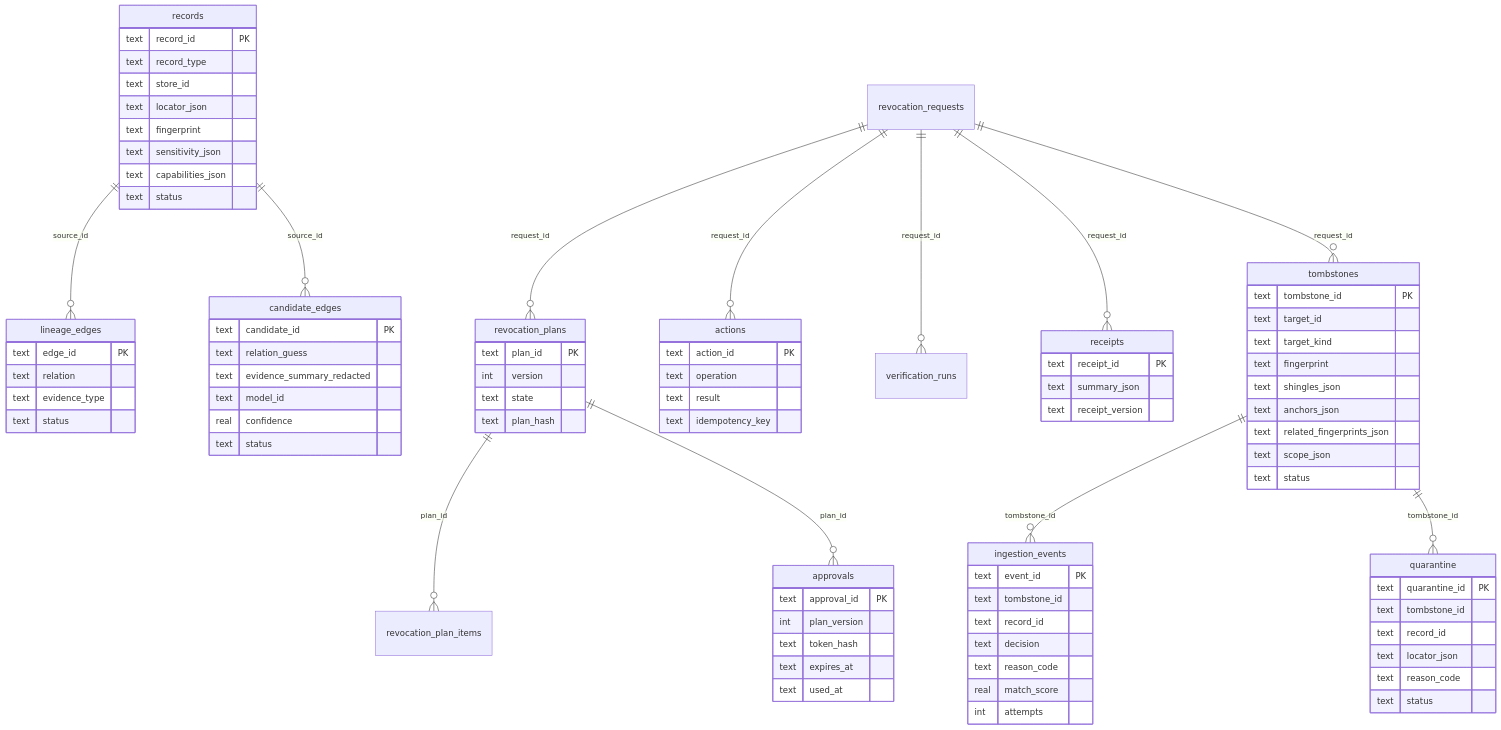
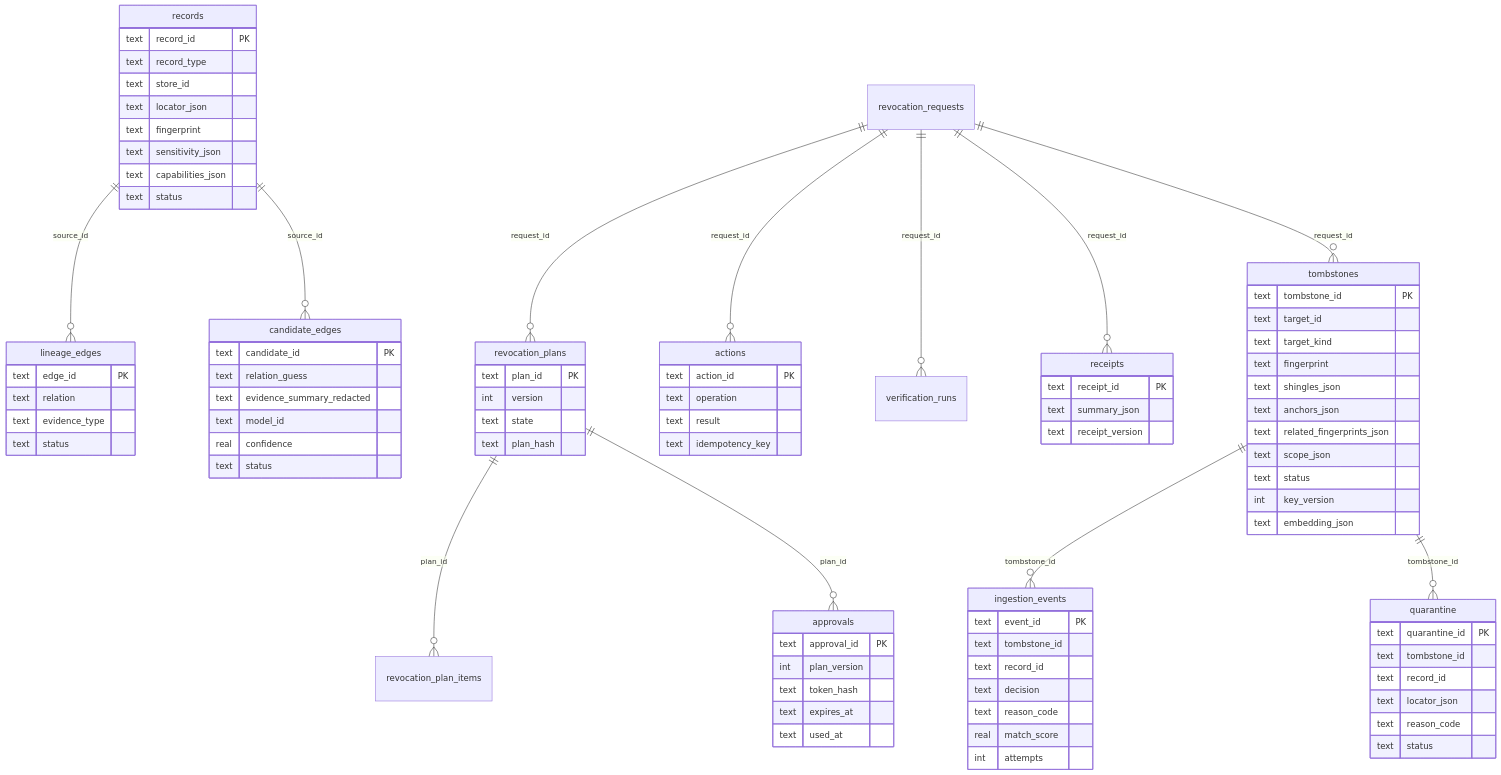
The second of 5 diagrams in docs/architecture.md (khasim007q/Redacto), drawn with Mermaid before and after one commit. The commit also changed other lines of this file and 23 other files, not shown here.

```diff
--- a/docs/architecture.md
+++ b/docs/architecture.md
@@ -132,6 +133,8 @@
         text related_fingerprints_json
         text scope_json
         text status
+        int key_version
+        text embedding_json
     }
     ingestion_events {
         text event_id PK
```
